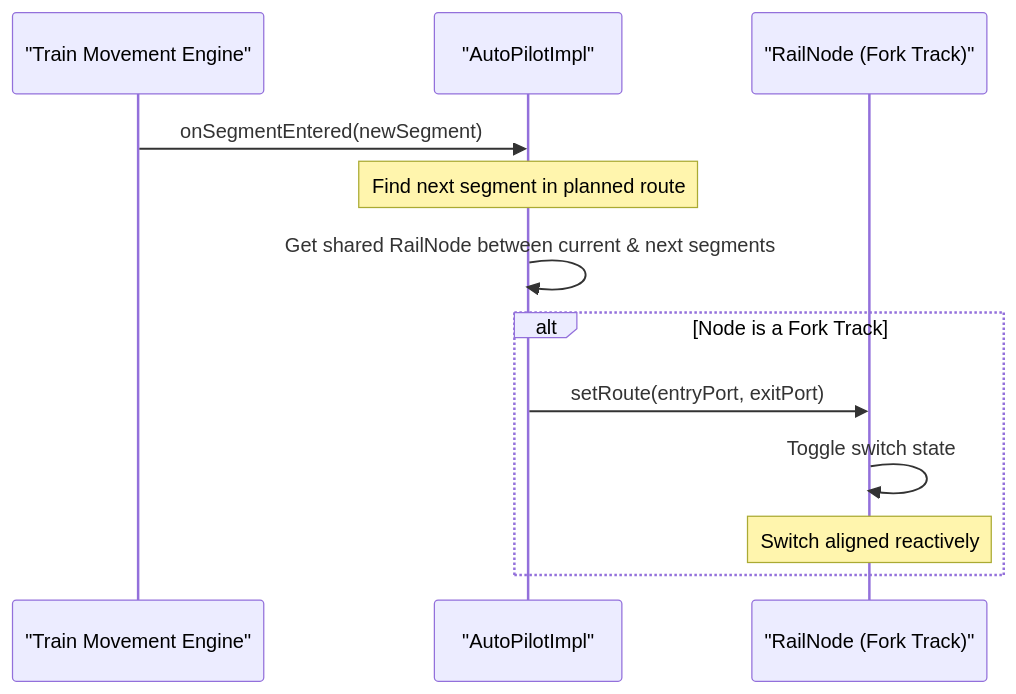
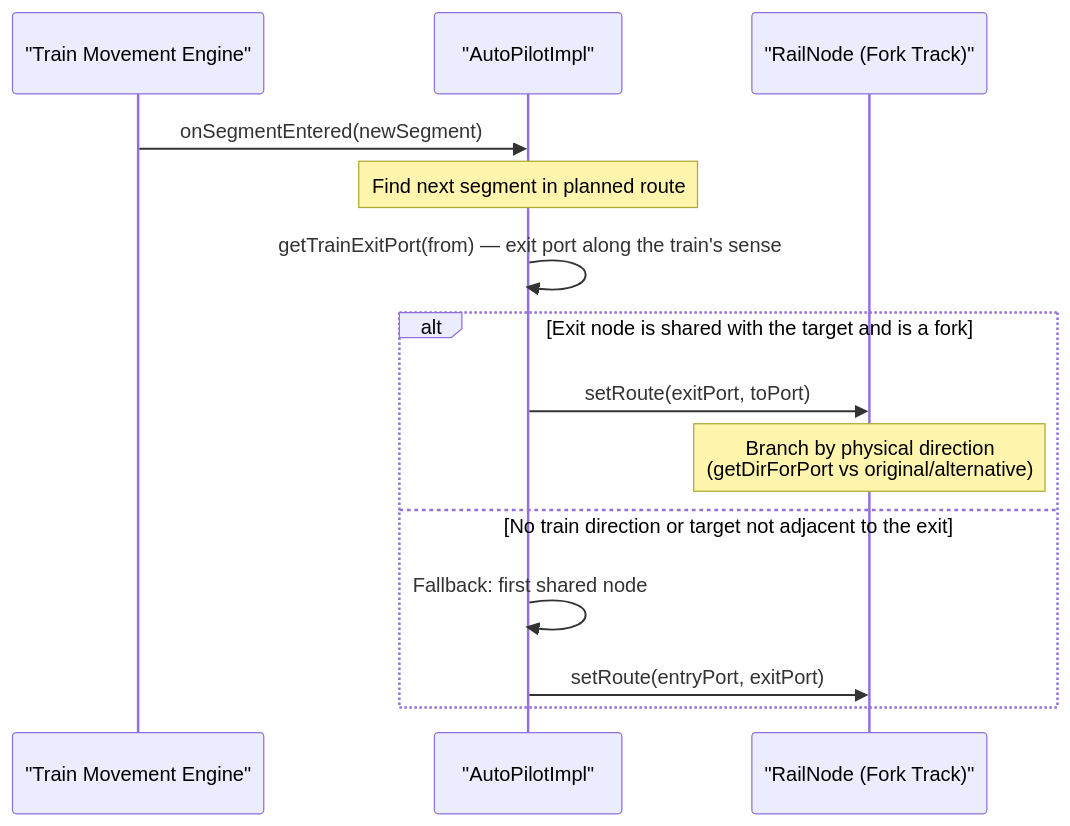
The third of 3 diagrams in docs/developer/architecture/AutoPilotAnalysis.md (antoniovazquezaraujo/LeTrain), drawn with Mermaid before and after one commit. The commit also changed other lines of this file and 4 other files, not shown here.

````diff
--- a/docs/developer/architecture/AutoPilotAnalysis.md
+++ b/docs/developer/architecture/AutoPilotAnalysis.md
@@ -81,15 +80,17 @@
 ```mermaid
 sequenceDiagram
     participant Train as "Train Movement Engine"
     participant AP as "AutoPilotImpl"
     participant Node as "RailNode (Fork Track)"
-    
+
     Train->>AP: onSegmentEntered(newSegment)
     Note over AP: Find next segment in planned route
-    AP->>AP: Get shared RailNode between current & next segments
-    alt Node is a Fork Track
+    AP->>AP: getTrainExitPort(from) — exit port along the train's sense
+    alt Exit node is shared with the target and is a fork
+        AP->>Node: setRoute(exitPort, toPort)
+        Note over Node: Branch by physical direction<br/>(getDirForPort vs original/alternative)
+    else No train direction or target not adjacent to the exit
+        AP->>AP: Fallback: first shared node
         AP->>Node: setRoute(entryPort, exitPort)
-        Node->>Node: Toggle switch state
-        Note over Node: Switch aligned reactively
     end
 ```
````
